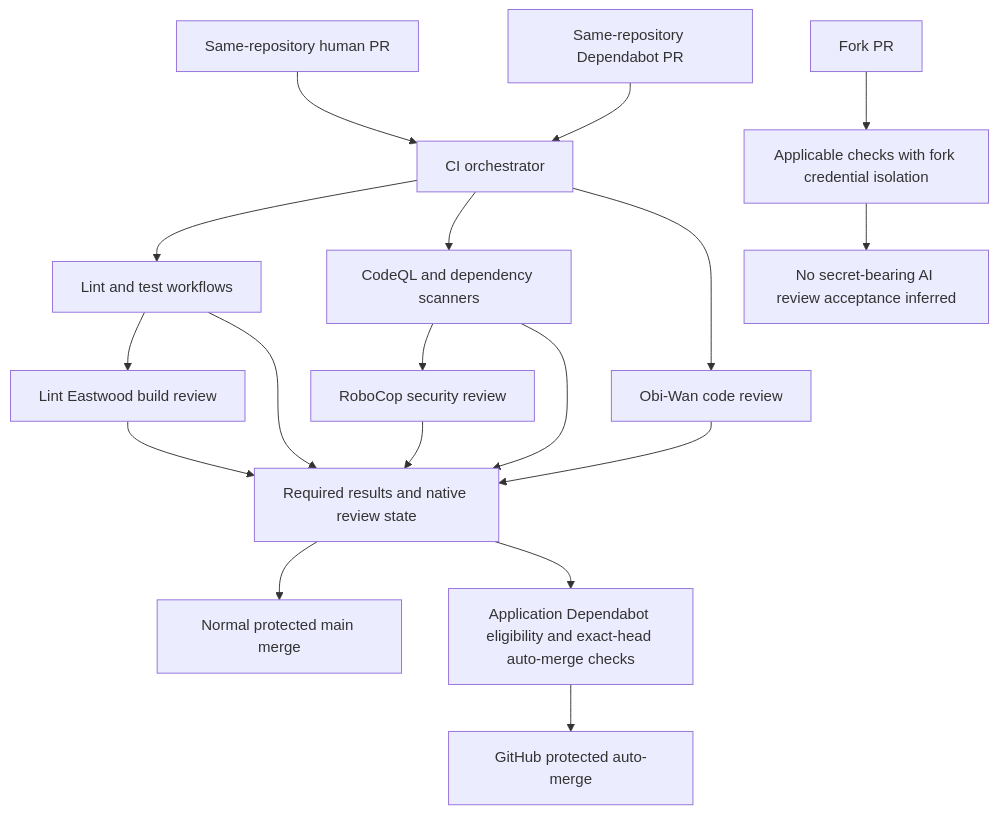
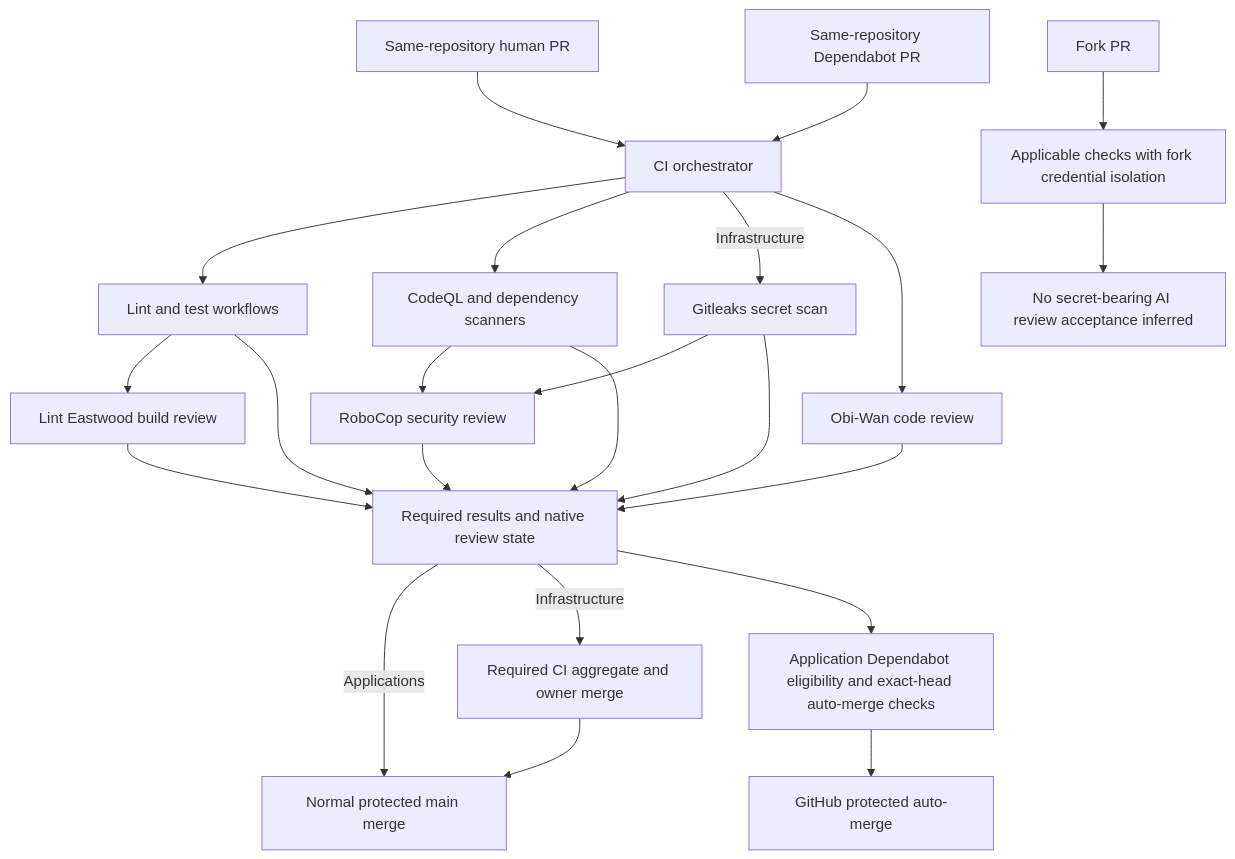
One commit to VanillaIceCube/Notoli changed the first of 4 diagrams in docs/CI-CD-ARCHITECTURE.md. Above: the diagram before and after it, drawn with Mermaid. The commit also changed other lines of this file and 6 other files, not shown here.

Commit message:
docs(ci): reconcile final architecture and cross-repository adoption

````diff
--- a/docs/CI-CD-ARCHITECTURE.md
+++ b/docs/CI-CD-ARCHITECTURE.md
@@ -13,20 +13,25 @@
 ```mermaid
 flowchart TD
   Human[Same-repository human PR] --> CI[CI orchestrator]
   Dependabot[Same-repository Dependabot PR] --> CI
   Fork[Fork PR] --> Isolated[Applicable checks with fork credential isolation]
   CI --> LintTest[Lint and test workflows]
   CI --> Scanners[CodeQL and dependency scanners]
+  CI -->|Infrastructure| Secrets[Gitleaks secret scan]
+  Secrets --> Robo
+  Secrets --> Gate
   CI --> Obi[Obi-Wan code review]
   LintTest --> Lint[Lint Eastwood build review]
   Scanners --> Robo[RoboCop security review]
   Obi --> Gate[Required results and native review state]
   Lint --> Gate
   Robo --> Gate
   LintTest --> Gate
   Scanners --> Gate
   Isolated --> ForkEvidence[No secret-bearing AI review acceptance inferred]
-  Gate --> Main[Normal protected main merge]
+  Gate -->|Applications| Main[Normal protected main merge]
+  Gate -->|Infrastructure| RequiredCI[Required CI aggregate and owner merge]
+  RequiredCI --> Main
   Gate --> Auto[Application Dependabot eligibility and exact-head auto-merge checks]
   Auto --> Platform[GitHub protected auto-merge]
 ```
````
